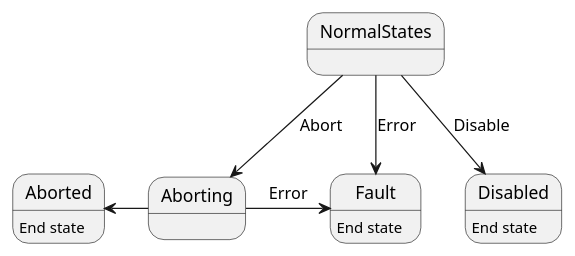
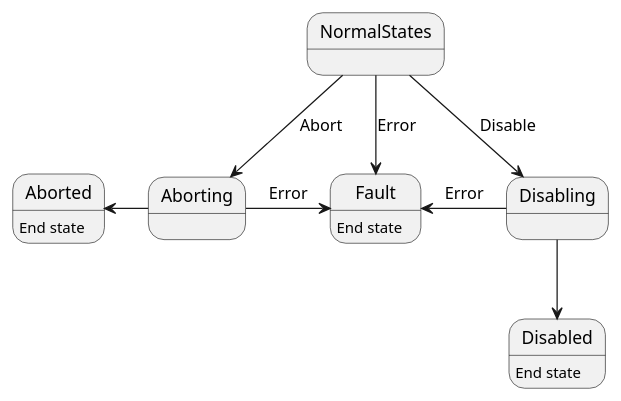
One commit to DiamondLightSource/pymalcolm changed the diagram in docs/arch/stateMachineNotNormal.iuml. Above: the diagram before and after it, drawn with PlantUML. The commit also changed 69 other files, not shown here.

```diff
--- a/docs/arch/stateMachineNotNormal.iuml
+++ b/docs/arch/stateMachineNotNormal.iuml
@@ -1,15 +1,17 @@
 NormalStates --> Aborting : Abort
 NormalStates --> Fault : Error
-NormalStates --> Disabled : Disable
+NormalStates --> Disabling : Disable
+Disabling --> Disabled
+Disabling -left-> Fault : Error
 
 Aborting -left-> Aborted
 Aborting -right-> Fault : Error
 
 state Aborted <<Abort>>
 Aborted : End state
 
 state Fault <<Fault>>
 Fault : End state
 
 state Disabled <<Disabled>>
 Disabled : End state
```
